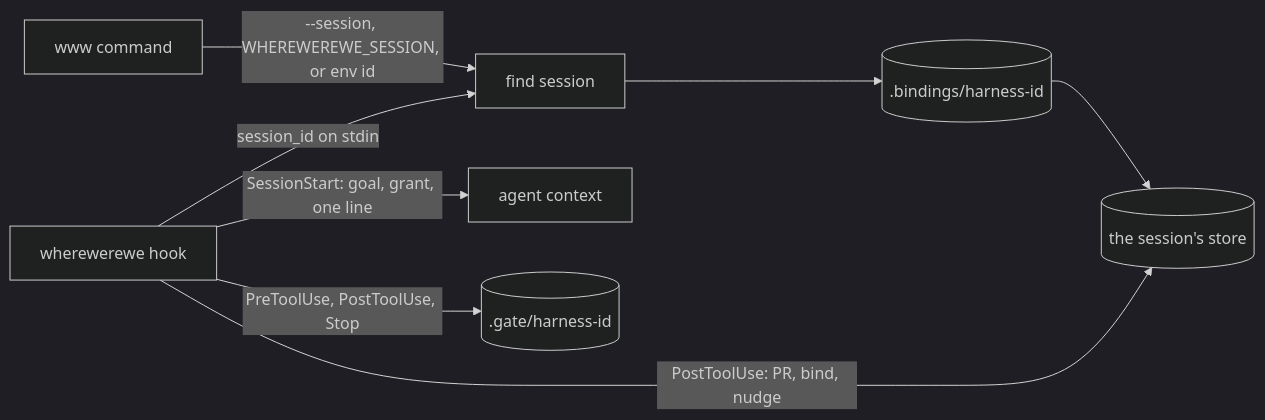
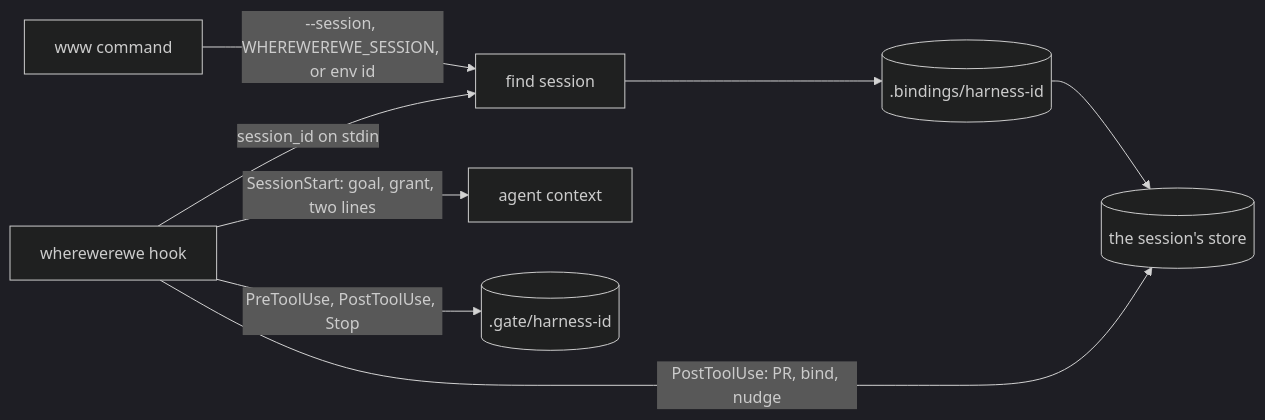
One commit to zgeoff/wherewerewe changed the diagram in docs/design/wherewerewe/sessions-and-hooks.md. Above: the diagram before and after it, drawn with Mermaid (dark theme). The commit also changed other lines of this file and 43 other files, not shown here.

````diff
--- a/docs/design/wherewerewe/sessions-and-hooks.md
+++ b/docs/design/wherewerewe/sessions-and-hooks.md
@@ -10,10 +10,10 @@
 ```mermaid
 flowchart LR
   cmd[www command] -->|"--session, WHEREWEREWE_SESSION, or env id"| find[find session]
   hook[wherewerewe hook] -->|"session_id on stdin"| find
   find --> bind[(.bindings/harness-id)]
   bind --> store[(the session's store)]
-  hook -->|"SessionStart: goal, grant, one line"| ctx[agent context]
+  hook -->|"SessionStart: goal, grant, two lines"| ctx[agent context]
   hook -->|"PreToolUse, PostToolUse, Stop"| gate[(.gate/harness-id)]
   hook -->|"PostToolUse: PR, bind, nudge"| store
 ```
````
